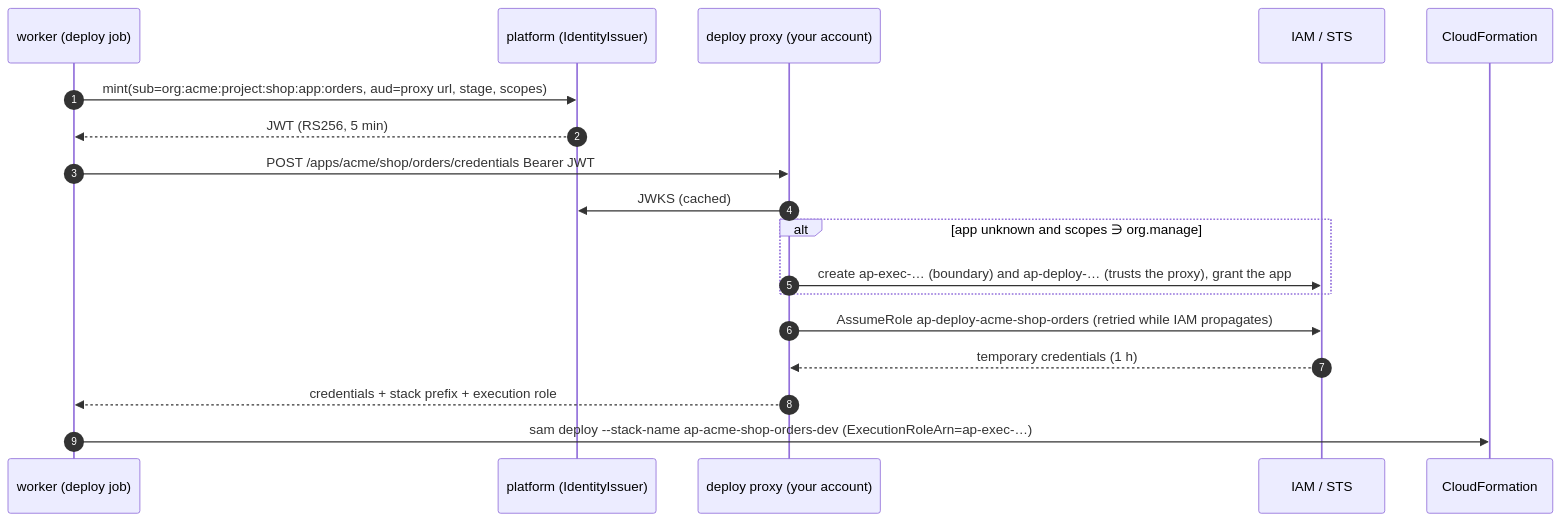
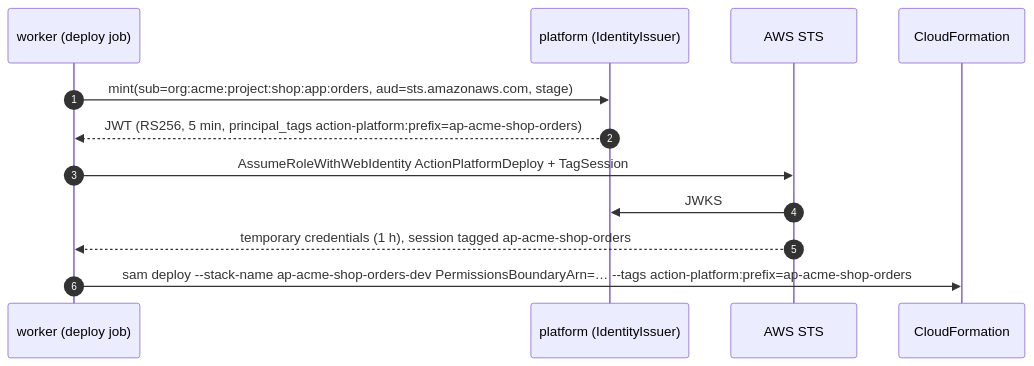
Before and after one commit to actionplatform/action-platform: the second of 2 diagrams in docs/concept_identity.md, drawn with Mermaid. The commit also changed other lines of this file and 8 other files, not shown here.

First line of the commit message:
docs: a connected AWS account replaces the deploy proxy

````diff
--- a/docs/concept_identity.md
+++ b/docs/concept_identity.md
@@ -35,21 +42,15 @@
 ```mermaid
 sequenceDiagram
     autonumber
     participant W as worker (deploy job)
     participant P as platform (IdentityIssuer)
-    participant X as deploy proxy (your account)
-    participant IAM as IAM / STS
+    participant STS as AWS STS
     participant CF as CloudFormation
 
-    W->>P: mint(sub=org:acme:project:shop:app:orders, aud=proxy url, stage, scopes)
-    P-->>W: JWT (RS256, 5 min)
-    W->>X: POST /apps/acme/shop/orders/credentials  Bearer JWT
-    X->>P: JWKS (cached)
-    alt app unknown and scopes ∋ org.manage
-        X->>IAM: create ap-exec-… (boundary) and ap-deploy-… (trusts the proxy), grant the app
-    end
-    X->>IAM: AssumeRole ap-deploy-acme-shop-orders (retried while IAM propagates)
-    IAM-->>X: temporary credentials (1 h)
-    X-->>W: credentials + stack prefix + execution role
-    W->>CF: sam deploy --stack-name ap-acme-shop-orders-dev (ExecutionRoleArn=ap-exec-…)
+    W->>P: mint(sub=org:acme:project:shop:app:orders, aud=sts.amazonaws.com, stage)
+    P-->>W: JWT (RS256, 5 min, principal_tags action-platform:prefix=ap-acme-shop-orders)
+    W->>STS: AssumeRoleWithWebIdentity ActionPlatformDeploy + TagSession
+    STS->>P: JWKS
+    STS-->>W: temporary credentials (1 h), session tagged ap-acme-shop-orders
+    W->>CF: sam deploy --stack-name ap-acme-shop-orders-dev PermissionsBoundaryArn=… --tags action-platform:prefix=ap-acme-shop-orders
 ```
````
